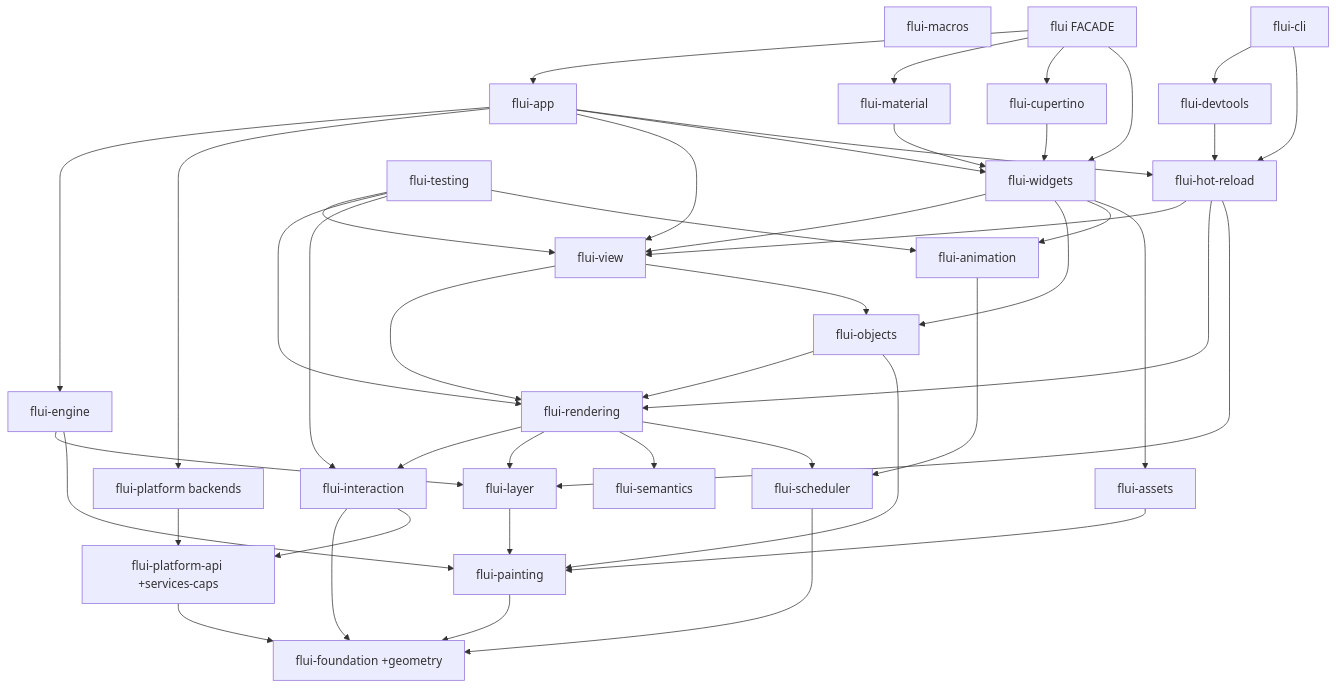
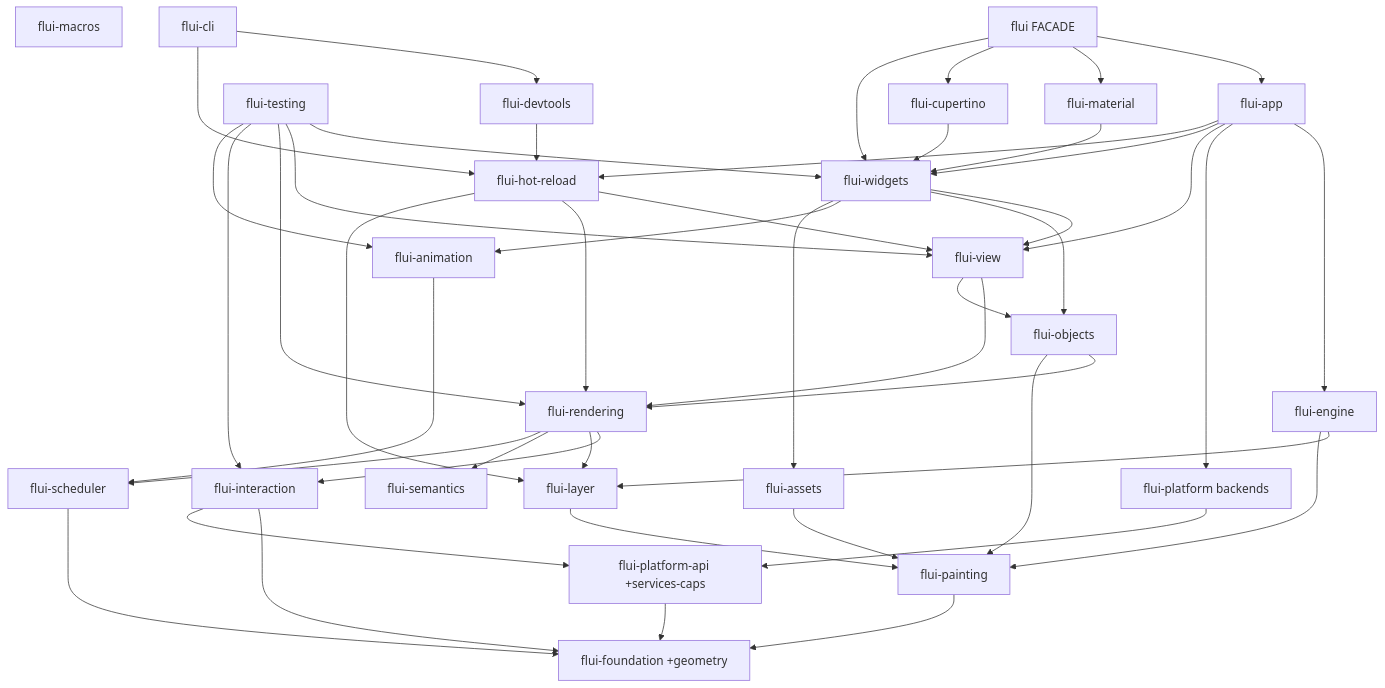
One commit to vanyastaff/flui changed the diagram in docs/FOUNDATIONS.md. Above: the diagram before and after it, drawn with Mermaid. The commit also changed 11 other files, not shown here.

````diff
--- a/docs/FOUNDATIONS.md
+++ b/docs/FOUNDATIONS.md
@@ -164,72 +164,73 @@
 ```mermaid
 graph TD
     foundation[flui-foundation +geometry]
     macros[flui-macros]
     platformapi[flui-platform-api +services-caps]
     platform[flui-platform backends]
     scheduler[flui-scheduler]
     painting[flui-painting]
     interaction[flui-interaction]
     assets[flui-assets]
     semantics[flui-semantics]
     layer[flui-layer]
     animation[flui-animation]
     engine[flui-engine]
     rendering[flui-rendering]
     objects[flui-objects]
     view[flui-view]
     devtools[flui-devtools]
     cli[flui-cli]
     hotreload[flui-hot-reload]
     widgets[flui-widgets]
     testing[flui-testing]
     material[flui-material]
     cupertino[flui-cupertino]
     app[flui-app]
     facade[flui FACADE]
 
     platformapi --> foundation
     platform --> platformapi
     scheduler --> foundation
     painting --> foundation
     interaction --> foundation
     interaction --> platformapi
     assets --> painting
     layer --> painting
     animation --> scheduler
     engine --> layer
     engine --> painting
     rendering --> interaction
     rendering --> layer
     rendering --> semantics
     rendering --> scheduler
     objects --> rendering
     objects --> painting
     view --> rendering
     view --> objects
     widgets --> view
     widgets --> objects
     widgets --> animation
     widgets --> assets
+    testing --> widgets
     testing --> view
     testing --> rendering
     testing --> interaction
     testing --> animation
     hotreload --> view
     hotreload --> rendering
     hotreload --> layer
     material --> widgets
     cupertino --> widgets
     app --> engine
     app --> platform
     app --> view
     app --> widgets
     app --> hotreload
     devtools --> hotreload
     cli --> devtools
     cli --> hotreload
     facade --> app
     facade --> material
     facade --> cupertino
     facade --> widgets
 ```
````
